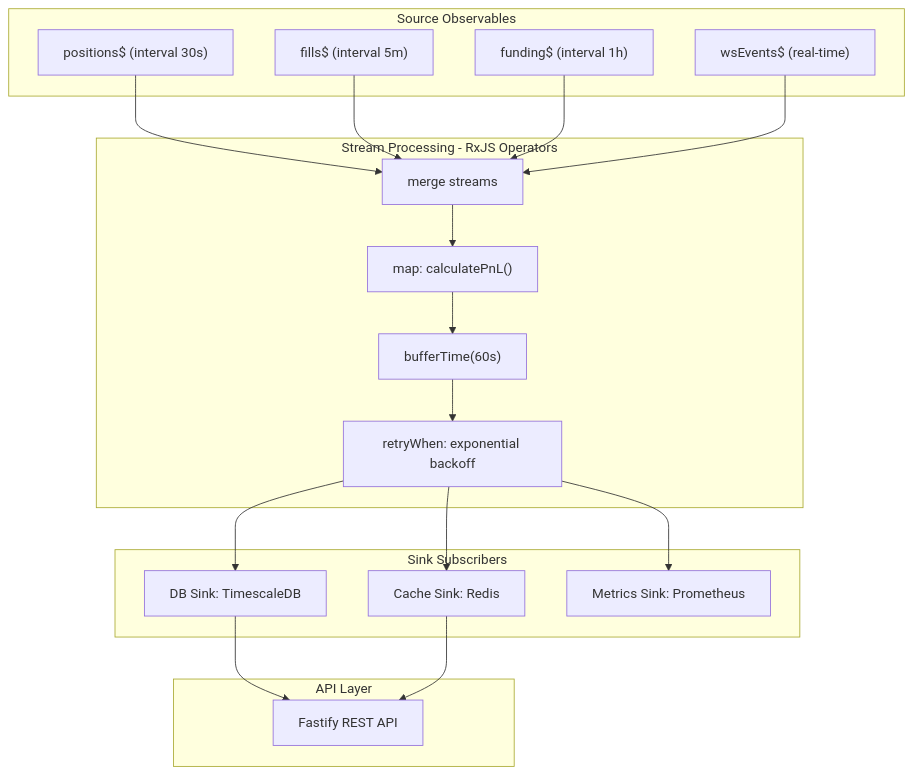
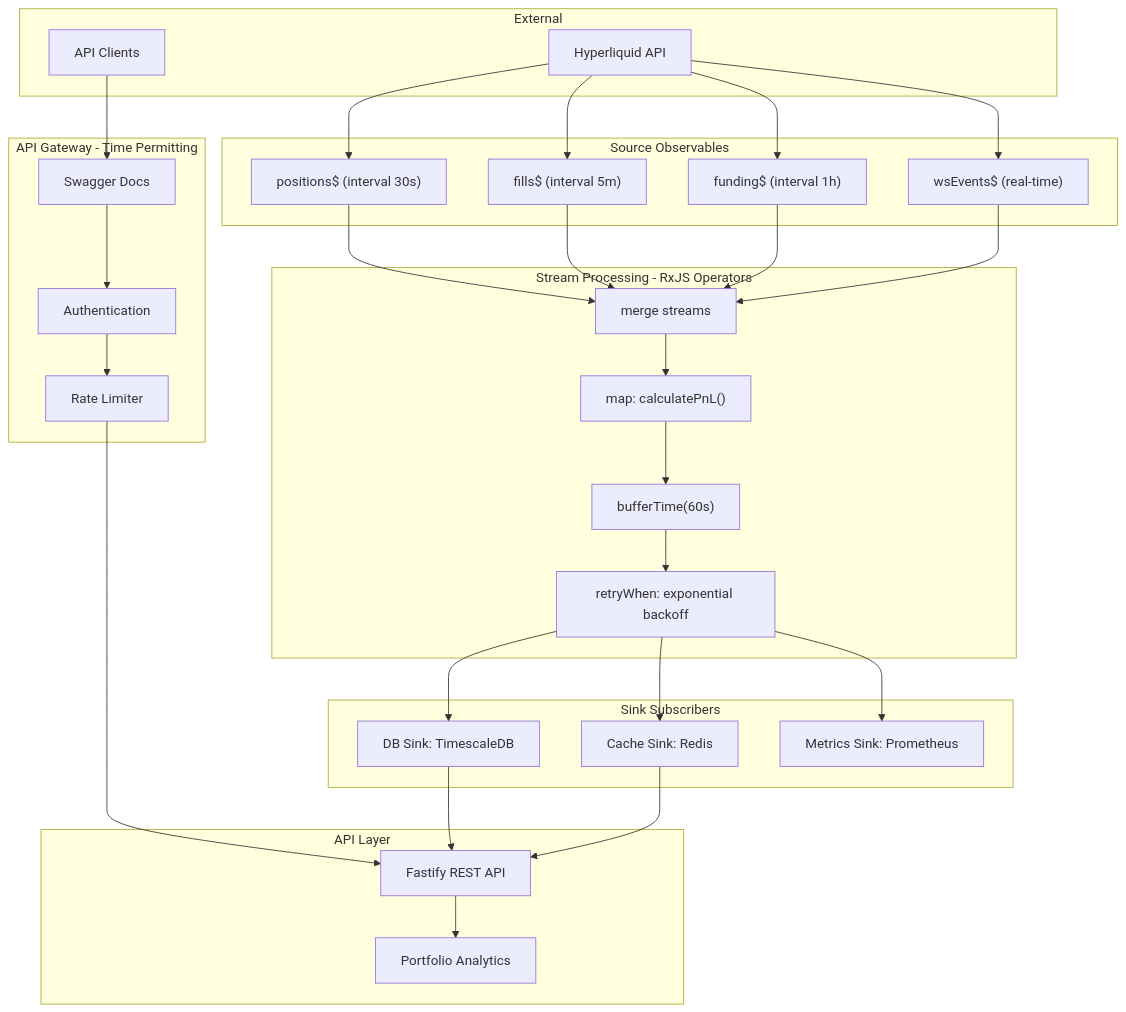
One commit to kgrgpg/SenpiHL changed the first of 3 diagrams in ARCHITECTURE.md. Above: the diagram before and after it, drawn with Mermaid. The commit also changed other lines of this file and 1 other file, not shown here.

First line of the commit message:
Add production enhancements and implementation roadmap

````diff
--- a/ARCHITECTURE.md
+++ b/ARCHITECTURE.md
@@ -64,42 +77,65 @@
 ```mermaid
 flowchart TB
+    subgraph external [External]
+        HL[Hyperliquid API]
+        Clients[API Clients]
+    end
+    
+    subgraph gateway [API Gateway - Time Permitting]
+        Swagger[Swagger Docs]
+        Auth[Authentication]
+        RateLimit[Rate Limiter]
+    end
+    
     subgraph sources [Source Observables]
         positions$["positions$ (interval 30s)"]
         fills$["fills$ (interval 5m)"]
         funding$["funding$ (interval 1h)"]
         ws$["wsEvents$ (real-time)"]
     end
     
     subgraph streams [Stream Processing - RxJS Operators]
         merge[merge streams]
         calculate["map: calculatePnL()"]
         buffer["bufferTime(60s)"]
         retry["retryWhen: exponential backoff"]
     end
     
     subgraph sinks [Sink Subscribers]
         dbSink["DB Sink: TimescaleDB"]
         cacheSink["Cache Sink: Redis"]
         metricsSink["Metrics Sink: Prometheus"]
     end
     
     subgraph api [API Layer]
         FastifyAPI[Fastify REST API]
+        Analytics[Portfolio Analytics]
     end
+    
+    HL --> positions$
+    HL --> fills$
+    HL --> funding$
+    HL --> ws$
     
     positions$ --> merge
     fills$ --> merge
     funding$ --> merge
     ws$ --> merge
     
     merge --> calculate
     calculate --> buffer
     buffer --> retry
     
     retry --> dbSink
     retry --> cacheSink
     retry --> metricsSink
     
+    Clients --> Swagger
+    Swagger --> Auth
+    Auth --> RateLimit
+    RateLimit --> FastifyAPI
+    
     dbSink --> FastifyAPI
     cacheSink --> FastifyAPI
+    FastifyAPI --> Analytics
 ```
````
